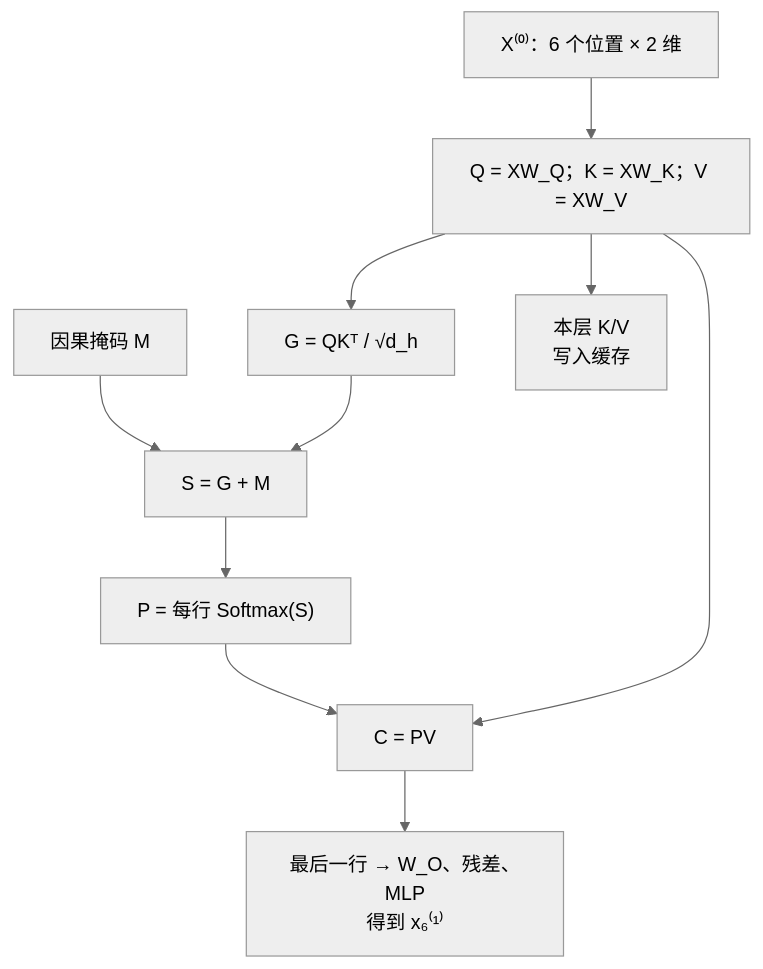
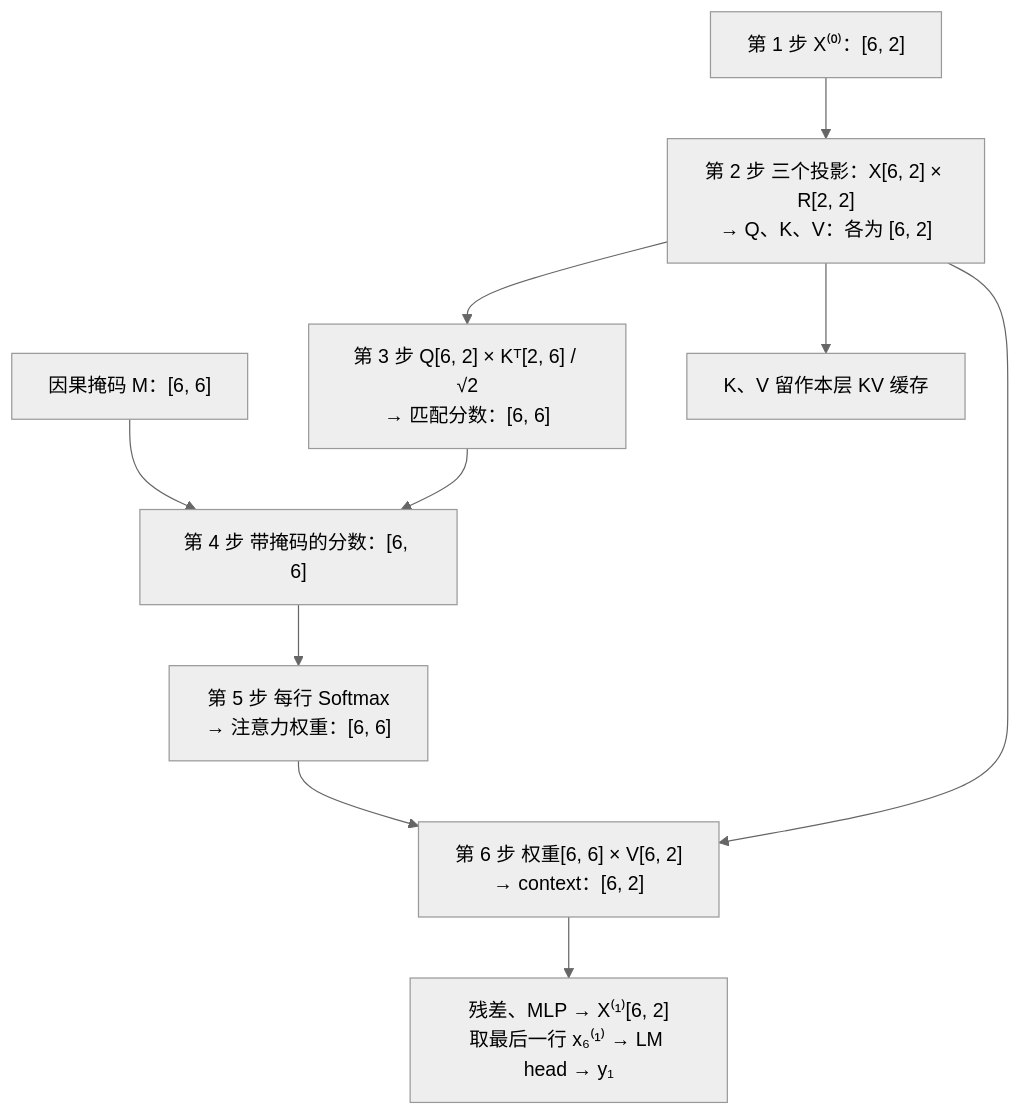
The third of 7 diagrams in 03_components/3.8_gpt_inference_flow.md (yeasy/llm_internals), drawn with Mermaid (neutral theme) before and after one commit. The commit also changed other lines of this file and 1 other file, not shown here.

````diff
--- a/03_components/3.8_gpt_inference_flow.md
+++ b/03_components/3.8_gpt_inference_flow.md
@@ -159,12 +137,12 @@
 ```mermaid
 flowchart TB
-    x["X⁽⁰⁾：6 个位置 × 2 维"] --> qkv["Q = XW_Q；K = XW_K；V = XW_V"]
-    qkv --> raw["G = QKᵀ / √d_h"]
-    mask["因果掩码 M"] --> score["S = G + M"]
+    x["第 1 步 X⁽⁰⁾：[6, 2]"] --> qkv["第 2 步 三个投影：X[6, 2] × R[2, 2]<br/>→ Q、K、V：各为 [6, 2]"]
+    qkv --> raw["第 3 步 Q[6, 2] × Kᵀ[2, 6] / √2<br/>→ 匹配分数：[6, 6]"]
+    mask["因果掩码 M：[6, 6]"] --> score["第 4 步 带掩码的分数：[6, 6]"]
     raw --> score
-    score --> weight["P = 每行 Softmax(S)"]
-    weight --> read["C = PV"]
+    score --> weight["第 5 步 每行 Softmax<br/>→ 注意力权重：[6, 6]"]
+    weight --> read["第 6 步 权重[6, 6] × V[6, 2]<br/>→ context：[6, 2]"]
     qkv --> read
-    read --> residual["最后一行 → W_O、残差、MLP<br/>得到 x₆⁽¹⁾"]
-    qkv --> cache["本层 K/V<br/>写入缓存"]
+    read --> residual["残差、MLP → X⁽¹⁾[6, 2]<br/>取最后一行 x₆⁽¹⁾ → LM head → y₁"]
+    qkv --> cache["K、V 留作本层 KV 缓存"]
 ```
````
